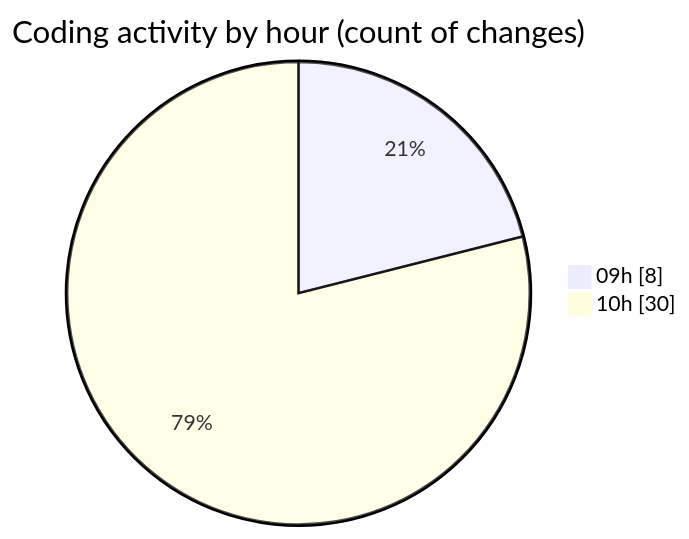
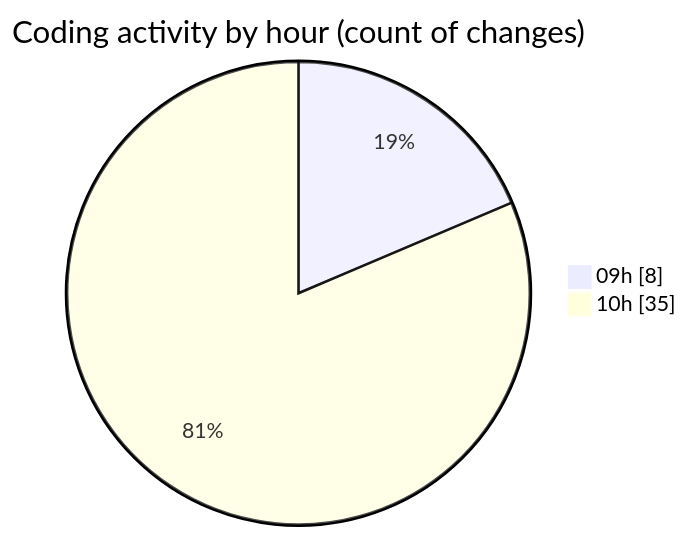
The second of 2 diagrams in 2025-06-03/ecodeli-1/README.md (CELIANVF/code-tracking), drawn with Mermaid before and after one commit. The commit also changed other lines of this file and 1 other file, not shown here.

````diff
--- a/2025-06-03/ecodeli-1/README.md
+++ b/2025-06-03/ecodeli-1/README.md
@@ -51,6 +54,6 @@
 ```mermaid
 pie showData
 title Coding activity by hour (count of changes)
 "09h" : 8
-"10h" : 30
+"10h" : 35
 ```
````
